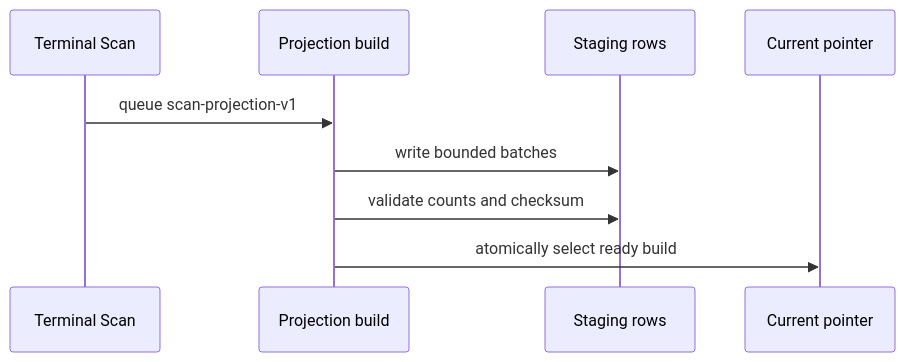
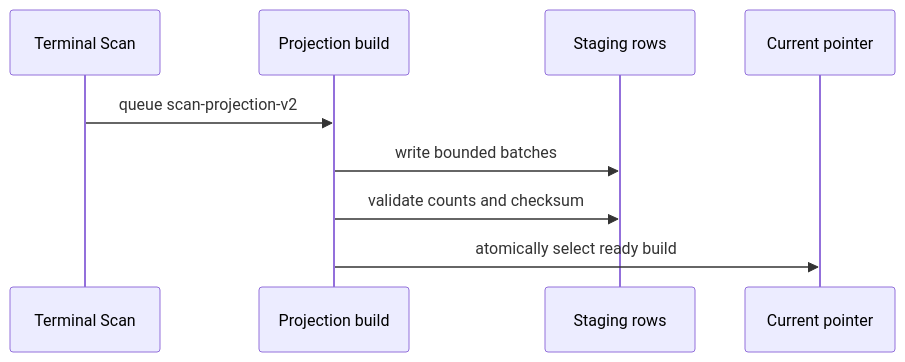
The second of 7 diagrams in docs/scan-projections.md (Artsen/site-ledger), drawn with Mermaid before and after one commit. The commit also changed other lines of this file and 23 other files, not shown here.

````diff
--- a/docs/scan-projections.md
+++ b/docs/scan-projections.md
@@ -71,11 +74,11 @@
 ```mermaid
 sequenceDiagram
   participant S as Terminal Scan
   participant B as Projection build
   participant T as Staging rows
   participant P as Current pointer
-  S->>B: queue scan-projection-v1
+  S->>B: queue scan-projection-v2
   B->>T: write bounded batches
   B->>T: validate counts and checksum
   B->>P: atomically select ready build
 ```
````
